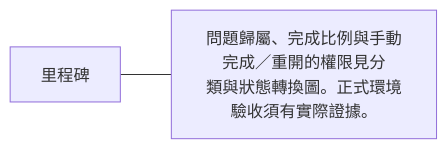
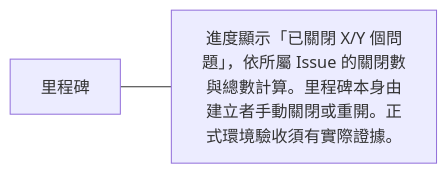
Before and after one commit to 963sup/line-mini-app-bot: the first of 4 diagrams in docs/domains/repository/milestones.md, drawn with Mermaid. The commit also changed 25 other files, not shown here.

````diff
--- a/docs/domains/repository/milestones.md
+++ b/docs/domains/repository/milestones.md
@@ -5,6 +5,6 @@
 ```mermaid
 flowchart LR
   h["里程碑"]
-  h --- n0["問題歸屬、完成比例與手動完成／重開的權限見分<br/>類與狀態轉換圖。正式環境驗收須有實際證據。"]
+  h --- n0["進度顯示「已關閉 X/Y 個問題」，依所屬 Issue 的關閉數與總數計算。里程碑本身由建立者手動關閉或重開。正式環境驗收須有實際證據。"]
   click n0 "labels.md#標籤引用切片"
 ```
````
